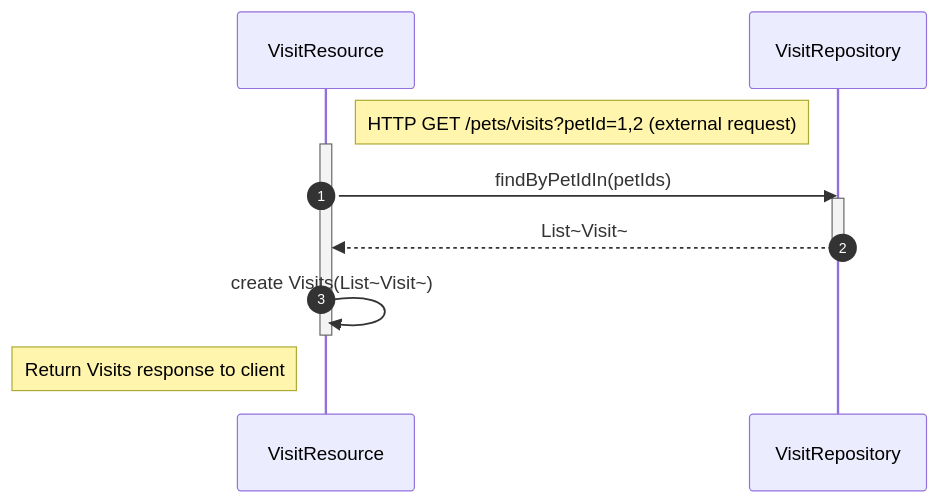
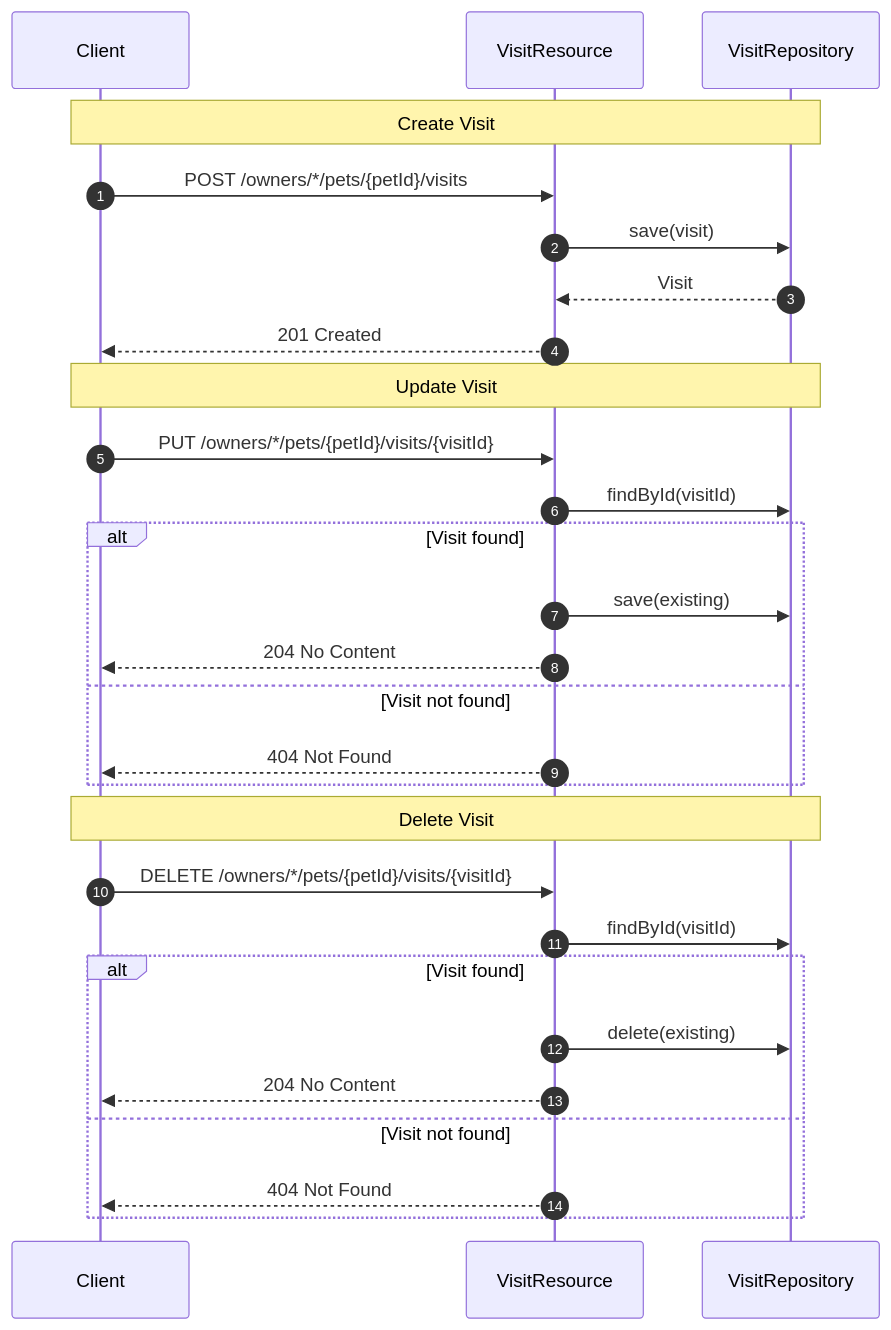
The third of 3 diagrams in README.md (audoclyphia-evals/petclinic-visits-service), drawn with Mermaid before and after one commit. The commit also changed other lines of this file and 9 other files, not shown here.

Commit message:
feat: add update and delete endpoints for visit management

````diff
--- a/README.md
+++ b/README.md
@@ -272,17 +256,34 @@
 ```mermaid
 sequenceDiagram
+    participant Client
     participant VR as VisitResource
     participant Repo as VisitRepository
 
     autonumber
 
-    note right of VR: HTTP GET /pets/visits?petId=1,2 (external request)
-    activate VR
-    VR->>Repo: findByPetIdIn(petIds)
-    activate Repo
-    Repo-->>VR: List~Visit~
-    deactivate Repo
-    VR->>VR: create Visits(List~Visit~)
-    deactivate VR
-    note left of VR: Return Visits response to client
+    Note over Client,Repo: Create Visit
+    Client->>VR: POST /owners/*/pets/{petId}/visits
+    VR->>Repo: save(visit)
+    Repo-->>VR: Visit
+    VR-->>Client: 201 Created
+
+    Note over Client,Repo: Update Visit
+    Client->>VR: PUT /owners/*/pets/{petId}/visits/{visitId}
+    VR->>Repo: findById(visitId)
+    alt Visit found
+        VR->>Repo: save(existing)
+        VR-->>Client: 204 No Content
+    else Visit not found
+        VR-->>Client: 404 Not Found
+    end
+
+    Note over Client,Repo: Delete Visit
+    Client->>VR: DELETE /owners/*/pets/{petId}/visits/{visitId}
+    VR->>Repo: findById(visitId)
+    alt Visit found
+        VR->>Repo: delete(existing)
+        VR-->>Client: 204 No Content
+    else Visit not found
+        VR-->>Client: 404 Not Found
+    end
 ```
````
